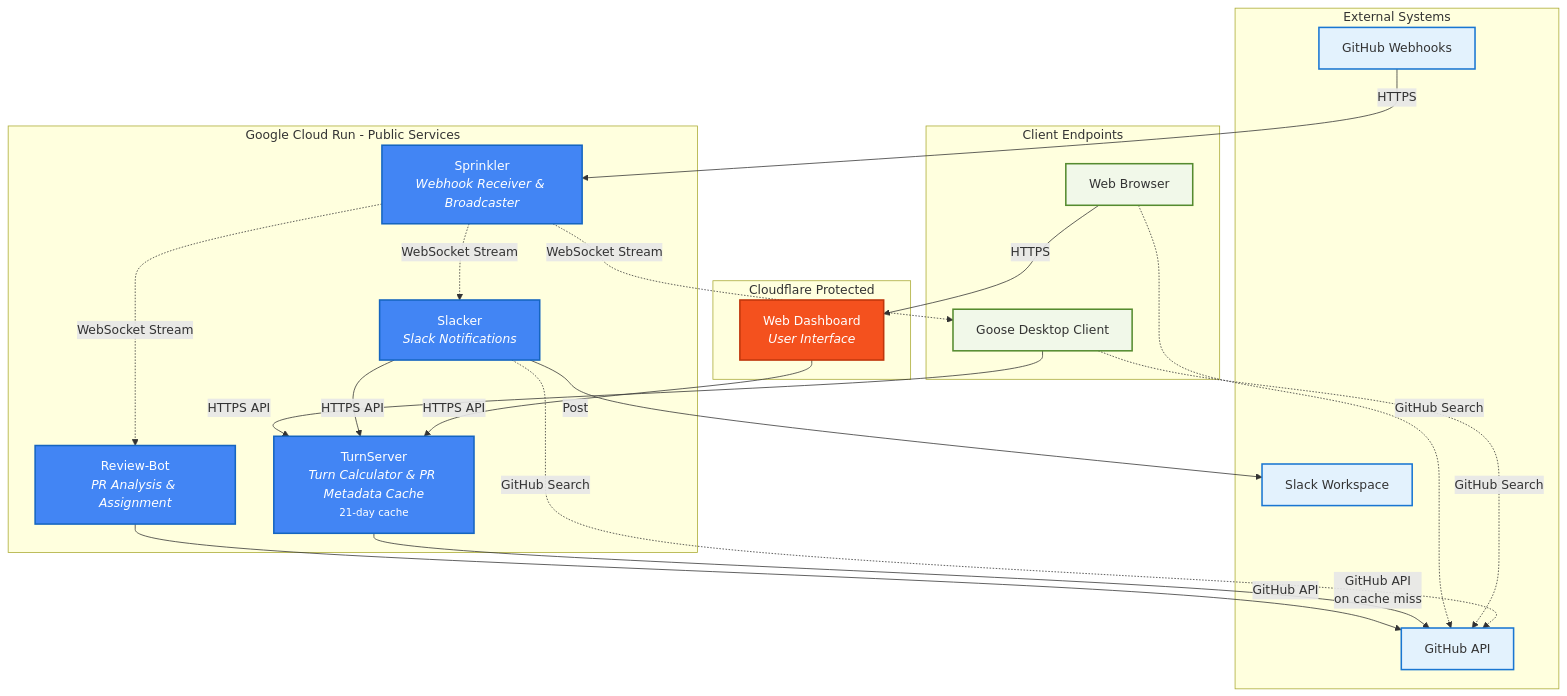
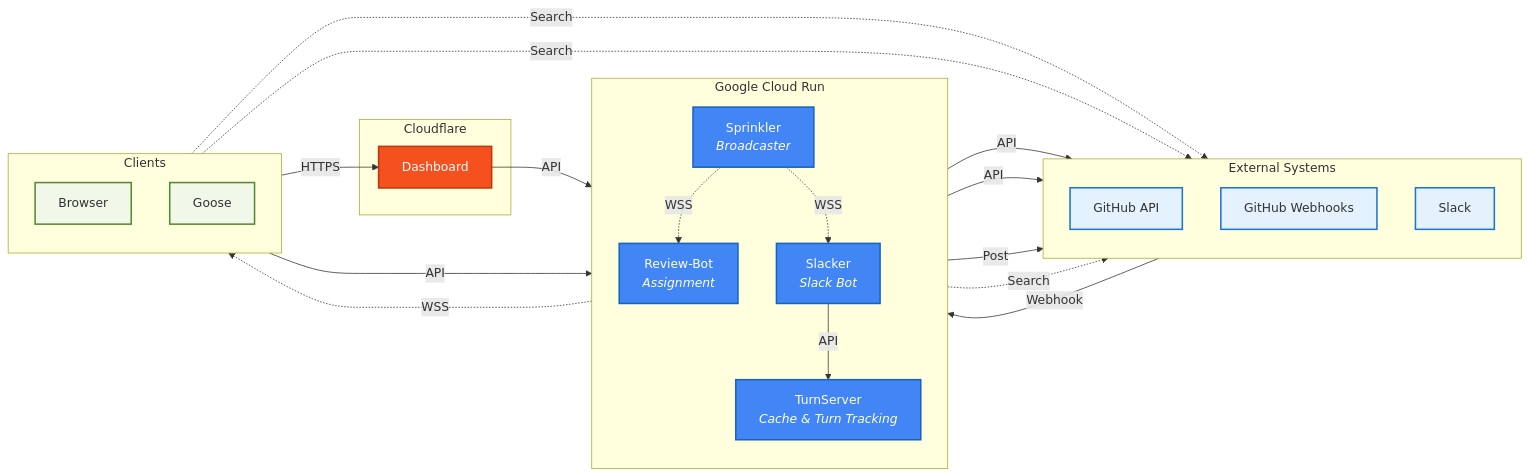
One commit to codeGROOVE-dev/architecture changed the first of 3 diagrams in README.md. Above: the diagram before and after it, drawn with Mermaid.

Commit message:
improve sys arch

````diff
--- a/README.md
+++ b/README.md
@@ -13,56 +13,57 @@
 ```mermaid
-flowchart TB
+flowchart LR
     subgraph External["External Systems"]
+        direction TB
         GH["GitHub API"]
         WHooks["GitHub Webhooks"]
-        Slack["Slack Workspace"]
+        Slack["Slack"]
     end
 
-    subgraph GCR["Google Cloud Run - Public Services"]
-        Sprinkler["Sprinkler<br/><i>Webhook Receiver & Broadcaster</i>"]
-        ReviewBot["Review-Bot<br/><i>PR Analysis & Assignment</i>"]
-        Slacker["Slacker<br/><i>Slack Notifications</i>"]
-        TurnServer["TurnServer<br/><i>Turn Calculator & PR Metadata Cache</i><br/><small>21-day cache</small>"]
+    subgraph GCR["Google Cloud Run"]
+        direction TB
+        Sprinkler["Sprinkler<br/><i>Broadcaster</i>"]
+        ReviewBot["Review-Bot<br/><i>Assignment</i>"]
+        Slacker["Slacker<br/><i>Slack Bot</i>"]
+        TurnServer["TurnServer<br/><i>Cache & Turn Tracking</i>"]
     end
 
-    subgraph CF["Cloudflare Protected"]
-        Dashboard["Web Dashboard<br/><i>User Interface</i>"]
+    subgraph CF["Cloudflare"]
+        Dashboard["Dashboard"]
     end
 
-    subgraph Clients["Client Endpoints"]
-        Browser["Web Browser"]
-        Goose["Goose Desktop Client"]
+    subgraph Clients["Clients"]
+        direction TB
+        Browser["Browser"]
+        Goose["Goose"]
     end
 
-    WHooks -->|HTTPS| Sprinkler
+    WHooks -->|Webhook| Sprinkler
 
-    Sprinkler -.->|WebSocket Stream| ReviewBot
-    Sprinkler -.->|WebSocket Stream| Goose
-    Sprinkler -.->|WebSocket Stream| Slacker
+    Sprinkler -.->|WSS| ReviewBot
+    Sprinkler -.->|WSS| Goose
+    Sprinkler -.->|WSS| Slacker
 
-    ReviewBot -->|GitHub API| GH
+    ReviewBot -->|API| GH
+    TurnServer -->|API| GH
 
-    Goose -->|HTTPS API| TurnServer
-    Slacker -->|HTTPS API| TurnServer
-
-    TurnServer -->|GitHub API<br/>on cache miss| GH
+    Goose -->|API| TurnServer
+    Slacker -->|API| TurnServer
+    Dashboard -->|API| TurnServer
 
     Browser -->|HTTPS| Dashboard
-    Dashboard -->|HTTPS API| TurnServer
+    Slacker -->|Post| Slack
 
-    Browser -.->|GitHub Search| GH
-    Goose -.->|GitHub Search| GH
-    Slacker -.->|GitHub Search| GH
-
-    Slacker -->|Post| Slack
+    Browser -.->|Search| GH
+    Goose -.->|Search| GH
+    Slacker -.->|Search| GH
 
     classDef external fill:#e3f2fd,stroke:#1976d2,stroke-width:2px
     classDef cloudrun fill:#4285f4,stroke:#1565c0,stroke-width:2px,color:#fff
     classDef cloudflare fill:#f4511e,stroke:#bf360c,stroke-width:2px,color:#fff
     classDef client fill:#f1f8e9,stroke:#558b2f,stroke-width:2px
 
     class GH,WHooks,Slack external
     class Sprinkler,ReviewBot,Slacker,TurnServer cloudrun
     class Dashboard cloudflare
     class Browser,Goose client
 ```
````
